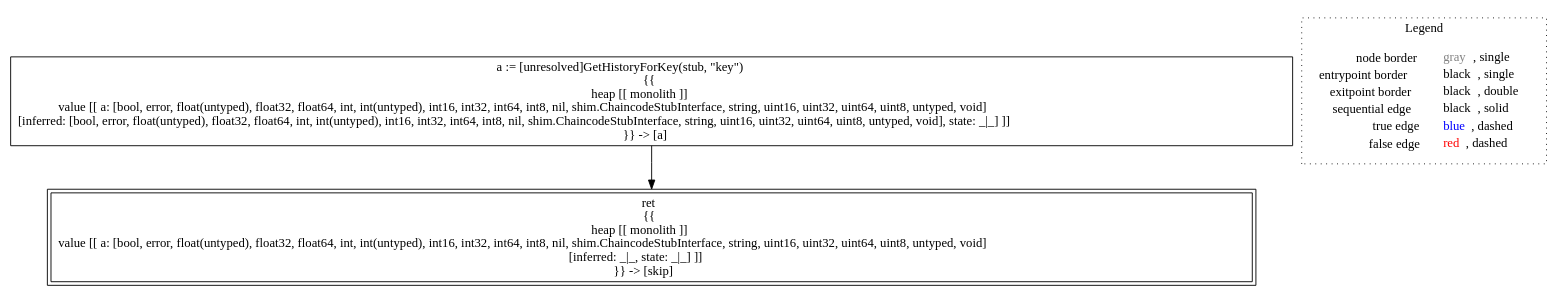
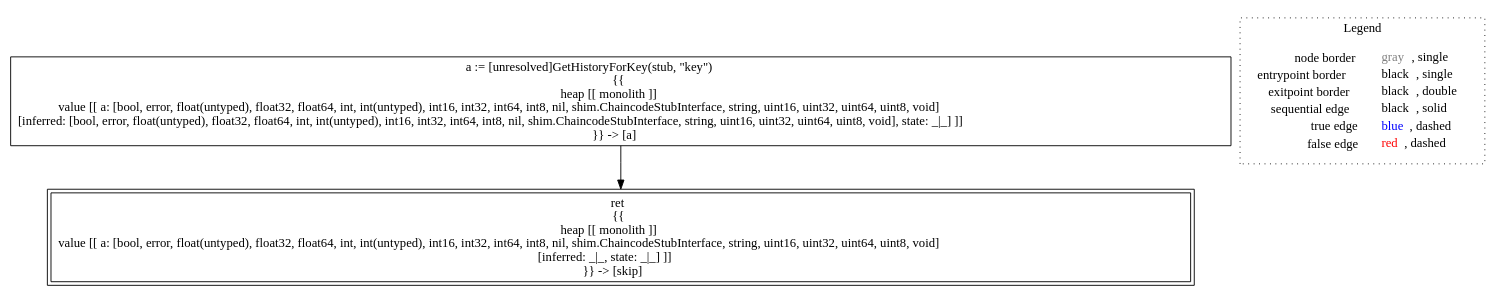
Before and after one commit to lisa-analyzer/go-lisa: the diagram in go-lisa/go-testcases/nondet/typing___untyped_~LiSAProgram.Invoke(shim.ChaincodeStubInterface_stub).dot, drawn with Graphviz. The commit also changed 1 other file, not shown here.

```diff
--- a/go-lisa/go-testcases/nondet/typing___untyped_~LiSAProgram.Invoke(shim.ChaincodeStubInterface_stub).dot
+++ b/go-lisa/go-testcases/nondet/typing___untyped_~LiSAProgram.Invoke(shim.ChaincodeStubInterface_stub).dot
@@ -1,12 +1,12 @@
 digraph {
-	"node0" [shape="rect",color="black",label=<a := [unresolved]GetHistoryForKey(stub, &quot;key&quot;)<BR/>{{<BR/>heap [[ monolith ]]<BR/>value [[ a: [bool, error, float(untyped), float32, float64, int, int(untyped), int16, int32, int64, int8, nil, shim.ChaincodeStubInterface, string, uint16, uint32, uint64, uint8, untyped, void]<BR/>[inferred: [bool, error, float(untyped), float32, float64, int, int(untyped), int16, int32, int64, int8, nil, shim.ChaincodeStubInterface, string, uint16, uint32, uint64, uint8, untyped, void], state: _|_] ]]<BR/>}} -&gt; [a]>];
-	"node1" [shape="rect",color="black",peripheries="2",label=<ret<BR/>{{<BR/>heap [[ monolith ]]<BR/>value [[ a: [bool, error, float(untyped), float32, float64, int, int(untyped), int16, int32, int64, int8, nil, shim.ChaincodeStubInterface, string, uint16, uint32, uint64, uint8, untyped, void]<BR/>[inferred: _|_, state: _|_] ]]<BR/>}} -&gt; [skip]>];
+	"node0" [shape="rect",color="black",label=<a := [unresolved]GetHistoryForKey(stub, &quot;key&quot;)<BR/>{{<BR/>heap [[ monolith ]]<BR/>value [[ a: [bool, error, float(untyped), float32, float64, int, int(untyped), int16, int32, int64, int8, nil, shim.ChaincodeStubInterface, string, uint16, uint32, uint64, uint8, void]<BR/>[inferred: [bool, error, float(untyped), float32, float64, int, int(untyped), int16, int32, int64, int8, nil, shim.ChaincodeStubInterface, string, uint16, uint32, uint64, uint8, void], state: _|_] ]]<BR/>}} -&gt; [a]>];
+	"node1" [shape="rect",color="black",peripheries="2",label=<ret<BR/>{{<BR/>heap [[ monolith ]]<BR/>value [[ a: [bool, error, float(untyped), float32, float64, int, int(untyped), int16, int32, int64, int8, nil, shim.ChaincodeStubInterface, string, uint16, uint32, uint64, uint8, void]<BR/>[inferred: _|_, state: _|_] ]]<BR/>}} -&gt; [skip]>];
 	"node0" -> "node1" [color="black"];
 subgraph cluster_legend {
 	label="Legend";
 	style=dotted;
 	node [shape=plaintext];
 	"legend" [label=<<table border="0" cellpadding="2" cellspacing="0" cellborder="0"><tr><td align="right">node border&nbsp;</td><td align="left"><font color="gray">gray</font>, single</td></tr><tr><td align="right">entrypoint border&nbsp;</td><td align="left"><font color="black">black</font>, single</td></tr><tr><td align="right">exitpoint border&nbsp;</td><td align="left"><font color="black">black</font>, double</td></tr><tr><td align="right">sequential edge&nbsp;</td><td align="left"><font color="black">black</font>, solid</td></tr><tr><td align="right">true edge&nbsp;</td><td align="left"><font color="blue">blue</font>, dashed</td></tr><tr><td align="right">false edge&nbsp;</td><td align="left"><font color="red">red</font>, dashed</td></tr></table>>];
 }
 
 }
```
